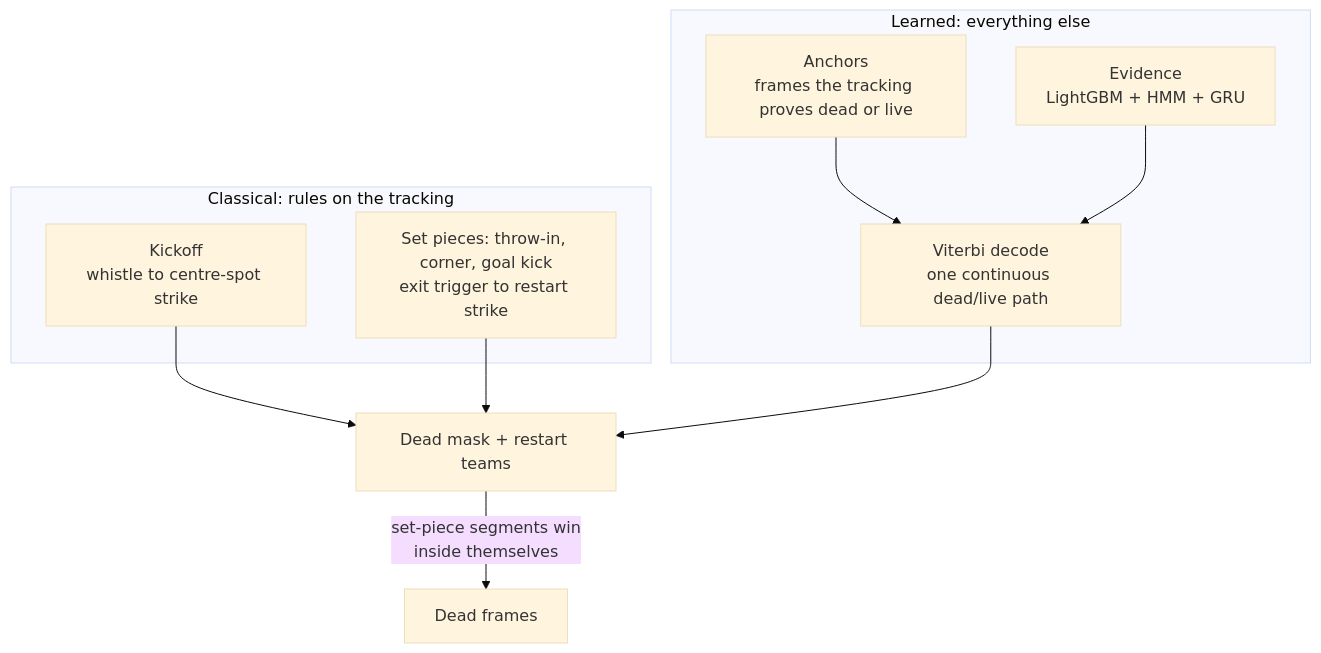
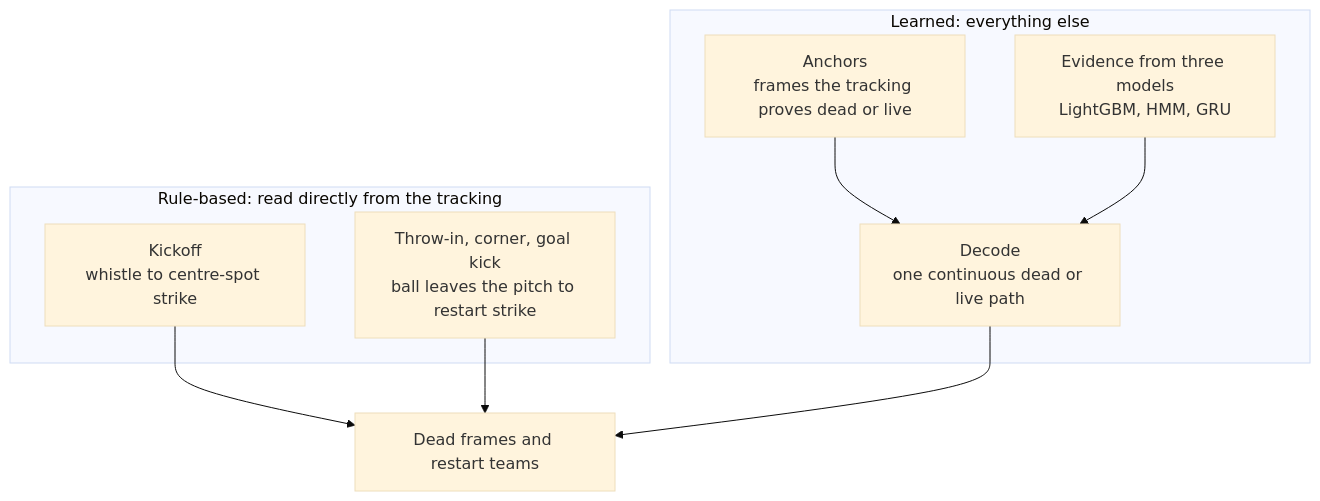
Before and after one commit to AbhinavPrabhat/mtah2027-submission: the second of 3 diagrams in TECHNICAL_DOC.md, drawn with Mermaid (base theme). The commit also changed other lines of this file and 1 other file, not shown here.

Commit message:
Technical document: plainer wording, a glossary, rule-based naming, simpler possession diagram, references

````diff
--- a/TECHNICAL_DOC.md
+++ b/TECHNICAL_DOC.md
@@ -129,18 +141,17 @@
 ```mermaid
 flowchart TB
-    subgraph classical[Classical: rules on the tracking]
+    subgraph rules[Rule-based: read directly from the tracking]
         K[Kickoff<br/>whistle to centre-spot strike]
-        S[Set pieces: throw-in, corner, goal kick<br/>exit trigger to restart strike]
+        S[Throw-in, corner, goal kick<br/>ball leaves the pitch to restart strike]
     end
     subgraph learned[Learned: everything else]
         AN[Anchors<br/>frames the tracking proves dead or live]
-        EV[Evidence<br/>LightGBM + HMM + GRU]
-        DEC[Viterbi decode<br/>one continuous dead/live path]
+        EV[Evidence from three models<br/>LightGBM, HMM, GRU]
+        DEC[Decode<br/>one continuous dead or live path]
         AN --> DEC
         EV --> DEC
     end
-    K --> M[Dead mask + restart teams]
+    K --> M[Dead frames and restart teams]
     S --> M
     DEC --> M
-    M -->|set-piece segments win<br/>inside themselves| OUT[Dead frames]
 ```
````
